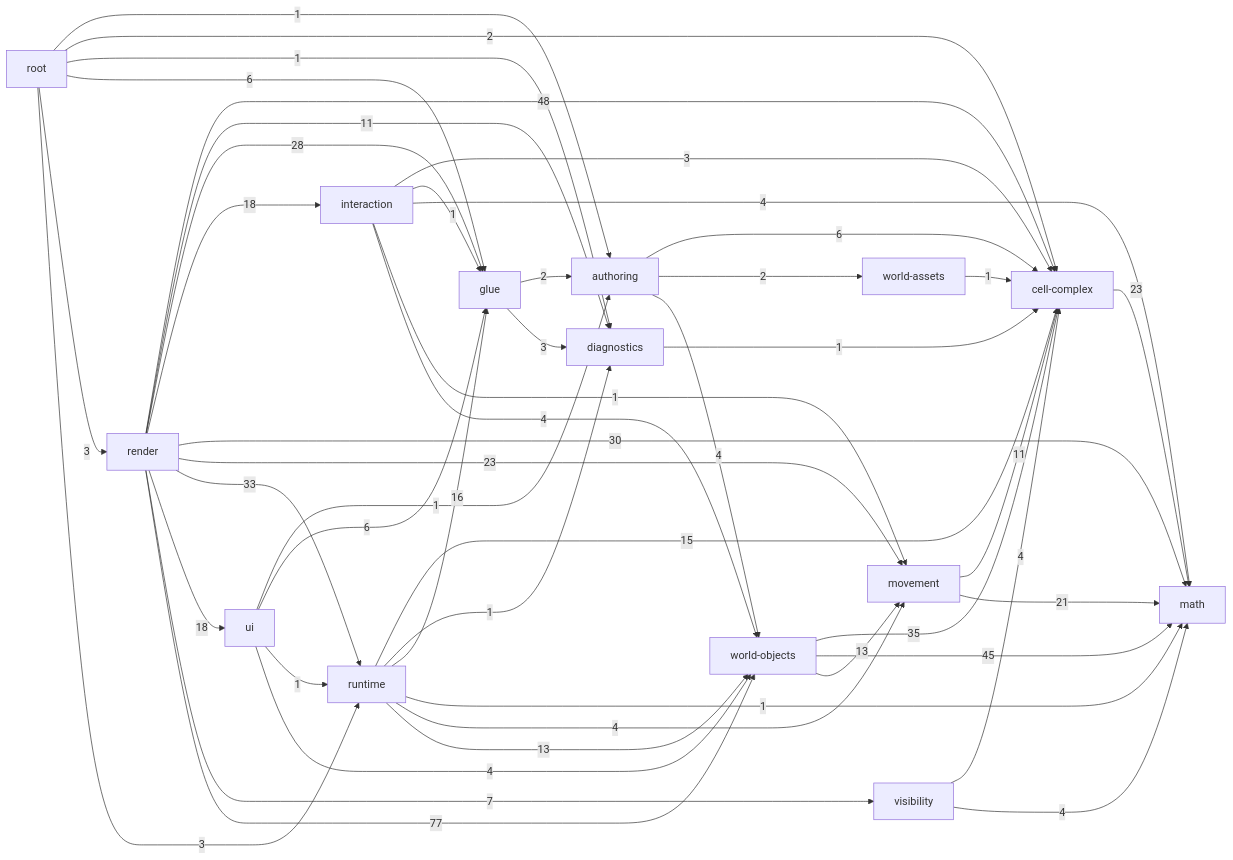
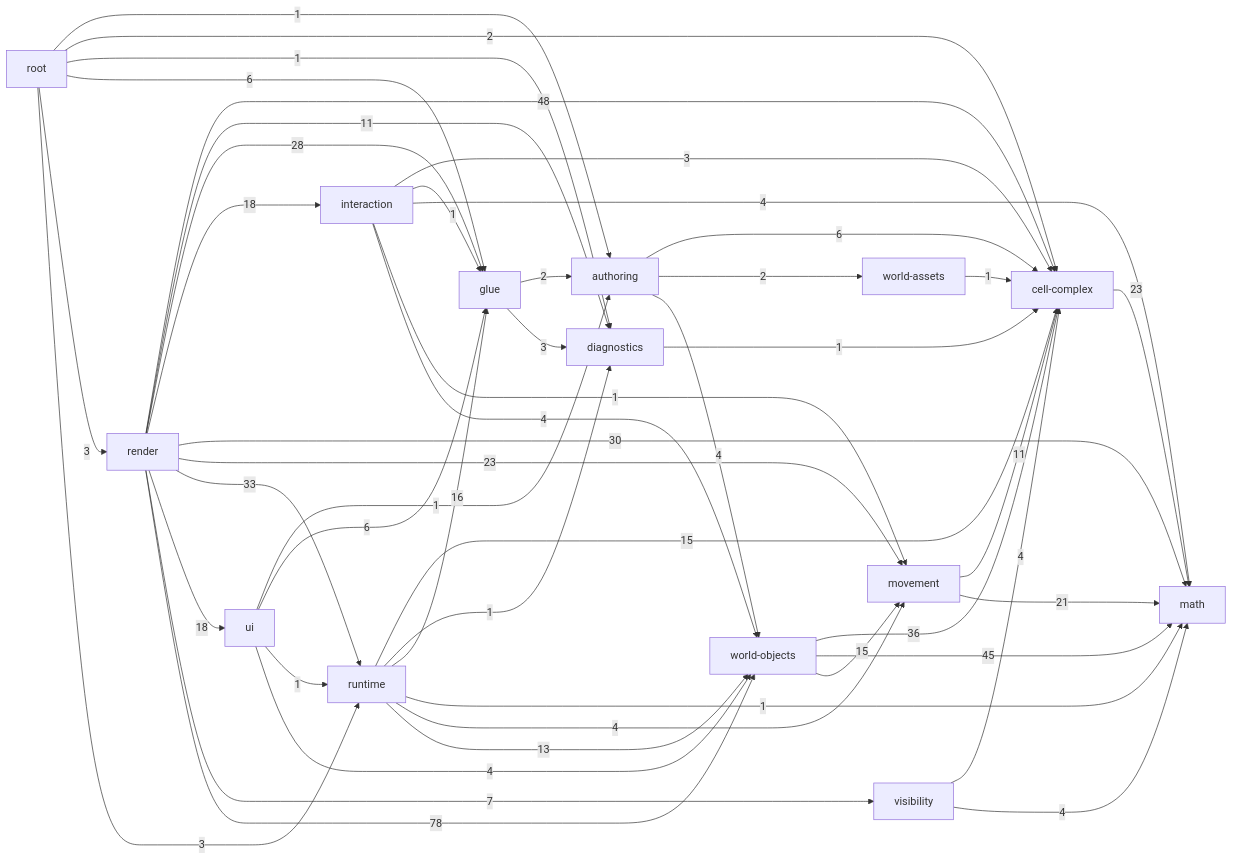
Before and after one commit to guraltsev/noneuclid-fpv: the diagram in _docs/generated/ARCHITECTURE_REFERENCE.md, drawn with Mermaid. The commit also changed other lines of this file and 8 other files, not shown here.

````diff
--- a/_docs/generated/ARCHITECTURE_REFERENCE.md
+++ b/_docs/generated/ARCHITECTURE_REFERENCE.md
@@ -35,63 +35,63 @@
 ```mermaid
 flowchart LR
   math["math"]
   cell_complex["cell-complex"]
   diagnostics["diagnostics"]
   visibility["visibility"]
   movement["movement"]
   world_assets["world-assets"]
   world_objects["world-objects"]
   authoring["authoring"]
   glue["glue"]
   interaction["interaction"]
   runtime["runtime"]
   ui["ui"]
   render["render"]
   root["root"]
   authoring -->|6| cell_complex
   authoring -->|2| world_assets
   authoring -->|4| world_objects
   cell_complex -->|23| math
   diagnostics -->|1| cell_complex
   glue -->|2| authoring
   glue -->|3| diagnostics
   interaction -->|3| cell_complex
   interaction -->|1| glue
   interaction -->|4| math
   interaction -->|1| movement
   interaction -->|4| world_objects
   movement -->|11| cell_complex
   movement -->|21| math
   render -->|48| cell_complex
   render -->|11| diagnostics
   render -->|28| glue
   render -->|18| interaction
   render -->|30| math
   render -->|23| movement
   render -->|33| runtime
   render -->|18| ui
   render -->|7| visibility
-  render -->|77| world_objects
+  render -->|78| world_objects
   root -->|1| authoring
   root -->|2| cell_complex
   root -->|1| diagnostics
   root -->|6| glue
   root -->|3| render
   root -->|3| runtime
   runtime -->|15| cell_complex
   runtime -->|1| diagnostics
   runtime -->|16| glue
   runtime -->|1| math
   runtime -->|4| movement
   runtime -->|13| world_objects
   ui -->|1| authoring
   ui -->|6| glue
   ui -->|1| runtime
   ui -->|4| world_objects
   visibility -->|4| cell_complex
   visibility -->|4| math
   world_assets -->|1| cell_complex
-  world_objects -->|35| cell_complex
+  world_objects -->|36| cell_complex
   world_objects -->|45| math
-  world_objects -->|13| movement
+  world_objects -->|15| movement
 ```
````
